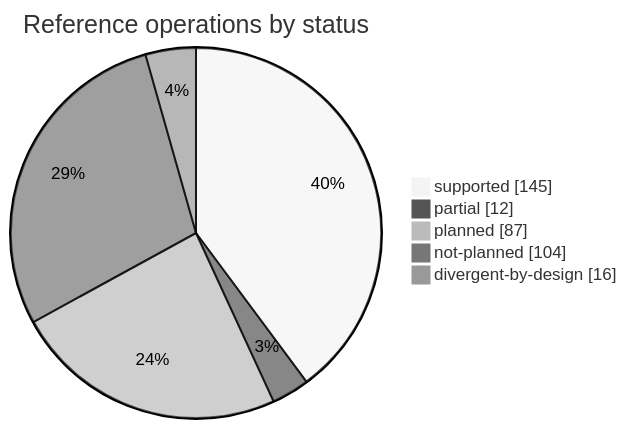
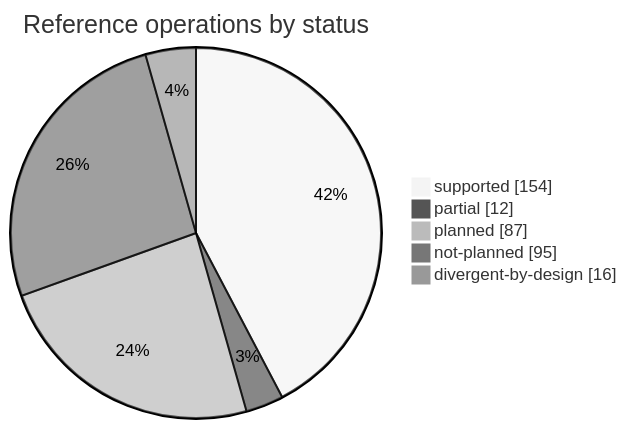
Before and after one commit to rafaelvieiras/tinyfin: the first of 2 diagrams in docs/COVERAGE.md, drawn with Mermaid (neutral theme). The commit also changed other lines of this file and 25 other files, not shown here.

````diff
--- a/docs/COVERAGE.md
+++ b/docs/COVERAGE.md
@@ -32,8 +32,8 @@
 ```mermaid
 pie showData title Reference operations by status
-    "supported" : 145
+    "supported" : 154
     "partial" : 12
     "planned" : 87
-    "not-planned" : 104
+    "not-planned" : 95
     "divergent-by-design" : 16
 ```
````
